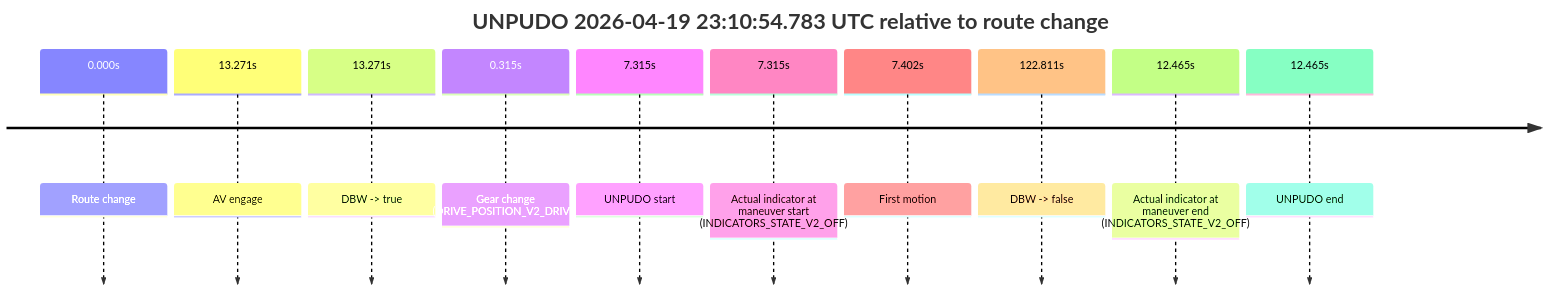
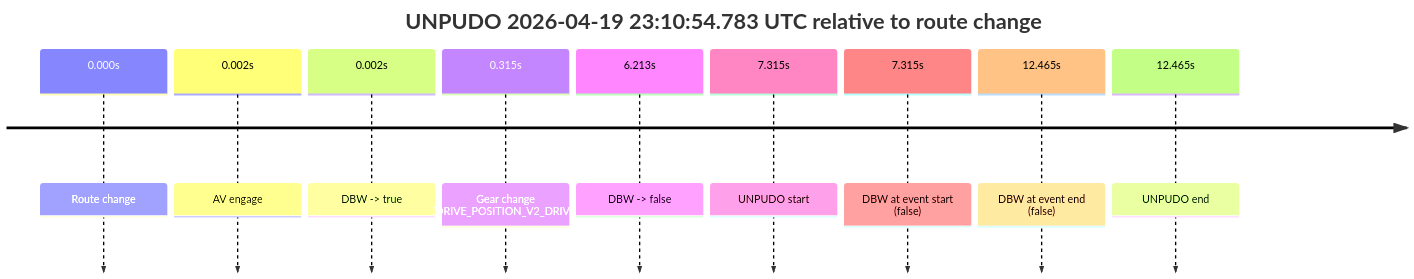
One commit to yoelshapiro/vault changed the first of 4 diagrams in model_analysis/report_cards/2026/04/Week-3/fme10005--2026-04-19--22-20-26--gen2-av-6800b41f-5003-4fe9-8464-bc16819cafb6.md. Above: the diagram before and after it, drawn with Mermaid. The commit also changed other lines of this file and 85 other files, not shown here.

````diff
--- a/model_analysis/report_cards/2026/04/Week-3/fme10005--2026-04-19--22-20-26--gen2-av-6800b41f-5003-4fe9-8464-bc16819cafb6.md
+++ b/model_analysis/report_cards/2026/04/Week-3/fme10005--2026-04-19--22-20-26--gen2-av-6800b41f-5003-4fe9-8464-bc16819cafb6.md
@@ -43,14 +42,13 @@
 ```mermaid
 timeline
     title UNPUDO 2026-04-19 23:10:54.783 UTC relative to route change
     0.000s : Route change
-    13.271s : AV engage
-    13.271s : DBW -> true
+    0.002s : AV engage
+    0.002s : DBW -> true
     0.315s : Gear change (DRIVE_POSITION_V2_DRIVE)
+    6.213s : DBW -> false
     7.315s : UNPUDO start
-    7.315s : Actual indicator at maneuver start (INDICATORS_STATE_V2_OFF)
-    7.402s : First motion
-    122.811s : DBW -> false
-    12.465s : Actual indicator at maneuver end (INDICATORS_STATE_V2_OFF)
+    7.315s : DBW at event start (false)
+    12.465s : DBW at event end (false)
     12.465s : UNPUDO end
 ```
````
